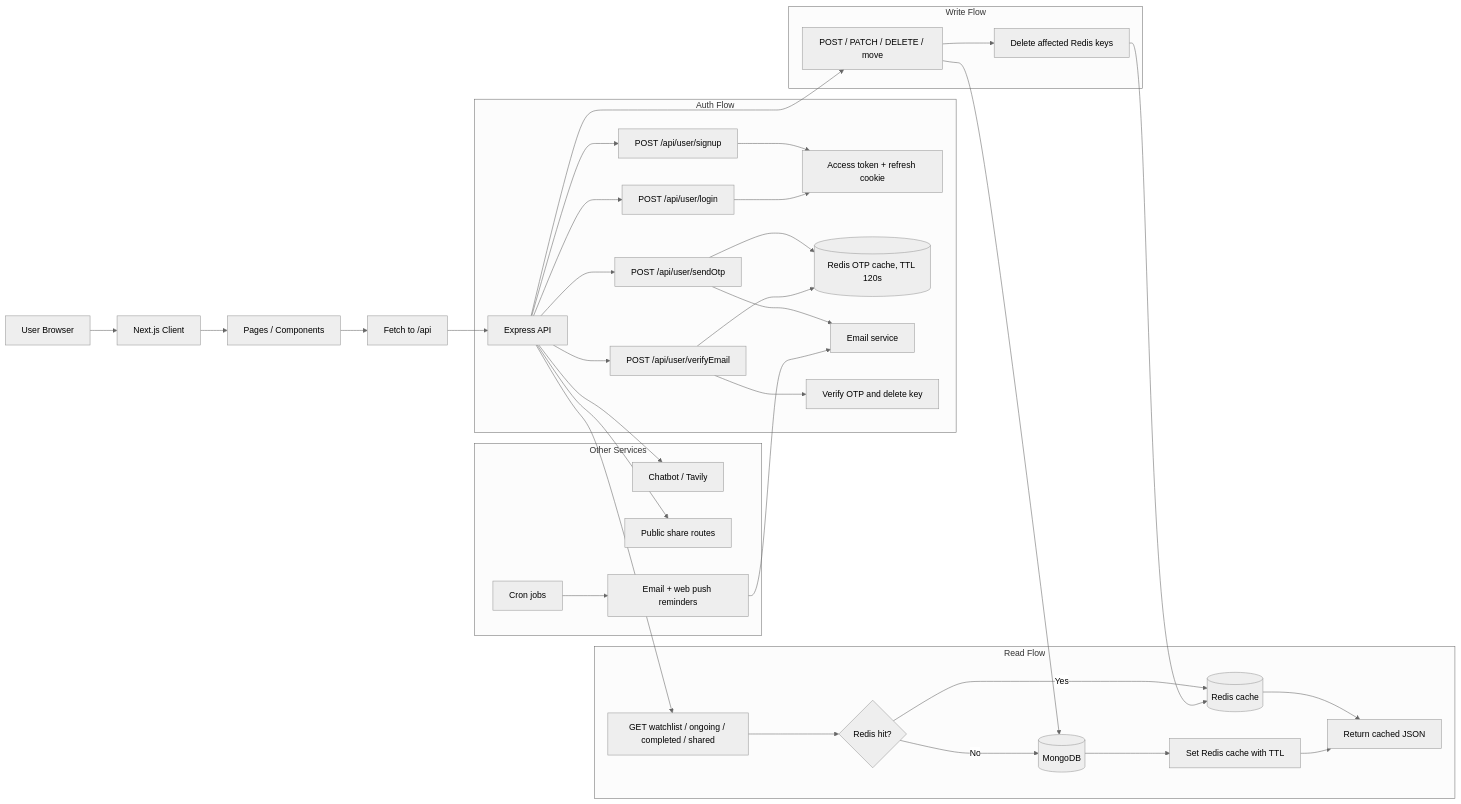
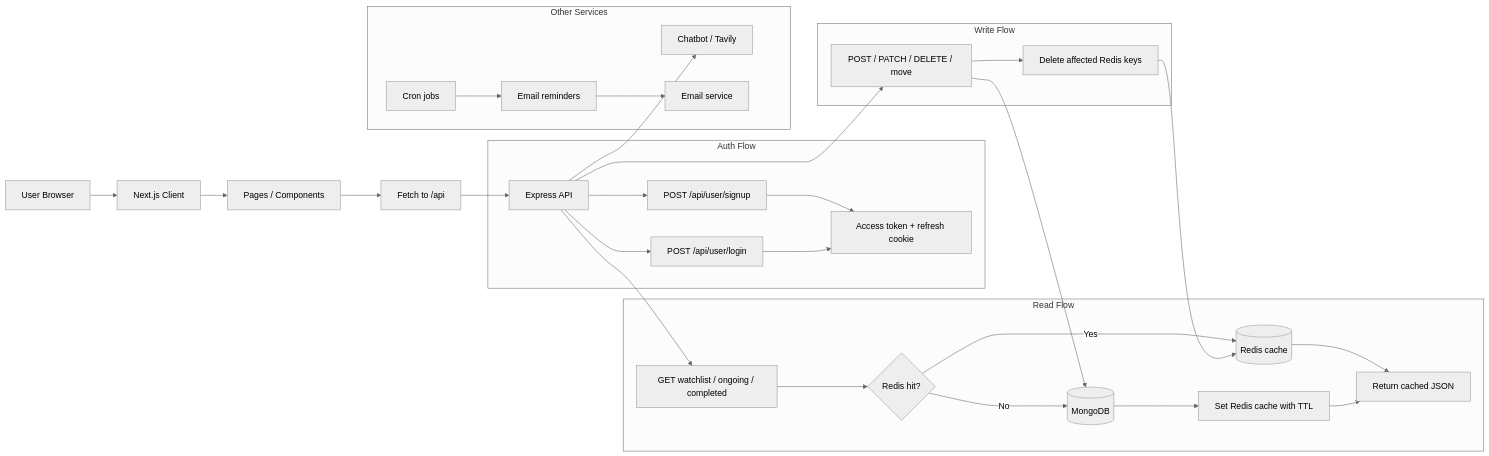
One commit to prasoon35/CineQueue changed the diagram in README.md. Above: the diagram before and after it, drawn with Mermaid (neutral theme). The commit also changed other lines of this file, not shown here.

Commit message:
Update README to reflect changes in features and architecture

````diff
--- a/README.md
+++ b/README.md
@@ -29,44 +28,37 @@
 ```mermaid
 flowchart LR
 	U[User Browser] --> FE[Next.js Client]
 	FE --> UI[Pages / Components]
 	UI --> API[Fetch to /api]
 	API --> BFF[Express API]
 
 	subgraph Auth Flow
 		BFF --> SIGNUP[POST /api/user/signup]
 		BFF --> LOGIN[POST /api/user/login]
-		BFF --> OTPSEND[POST /api/user/sendOtp]
-		BFF --> OTPVERIFY[POST /api/user/verifyEmail]
 		SIGNUP --> JWT[Access token + refresh cookie]
 		LOGIN --> JWT
-		OTPSEND --> REDISOTP[(Redis OTP cache, TTL 120s)]
-		OTPSEND --> MAIL[Email service]
-		OTPVERIFY --> REDISOTP
-		OTPVERIFY --> OTPDONE[Verify OTP and delete key]
 	end
 
 	subgraph Read Flow
-		BFF --> GETS[GET watchlist / ongoing / completed / shared]
+		BFF --> GETS[GET watchlist / ongoing / completed]
 		GETS --> CACHEHIT{Redis hit?}
 		CACHEHIT -->|Yes| REDISCACHE[(Redis cache)]
 		REDISCACHE --> RESP[Return cached JSON]
 		CACHEHIT -->|No| MDB[(MongoDB)]
 		MDB --> SETCACHE[Set Redis cache with TTL]
 		SETCACHE --> RESP
 	end
 
 	subgraph Write Flow
 		BFF --> WRITES[POST / PATCH / DELETE / move]
 		WRITES --> MDB
 		WRITES --> INVALIDATE[Delete affected Redis keys]
 		INVALIDATE --> REDISCACHE
 	end
 
 	subgraph Other Services
 		BFF --> CHAT[Chatbot / Tavily]
-		BFF --> SHARED[Public share routes]
-		CRON[Cron jobs] --> NOTIF[Email + web push reminders]
+		CRON[Cron jobs] --> NOTIF[Email reminders]
 		NOTIF --> MAIL[Email service]
 	end
 ```
````
